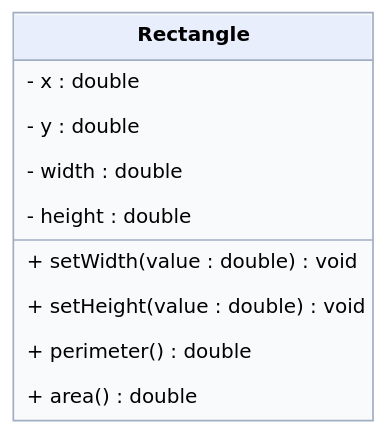
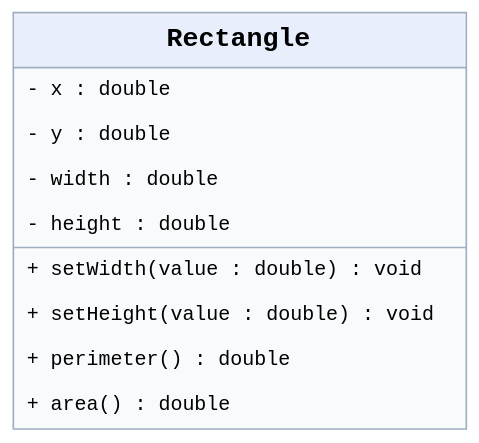
One commit to edetroll/java-oop changed the diagram in content/chapters/03-adatrejtes/media/task1-en.dot. Above: the diagram before and after it, drawn with Graphviz. The commit also changed 38 other files, not shown here.

```diff
--- a/content/chapters/03-adatrejtes/media/task1-en.dot
+++ b/content/chapters/03-adatrejtes/media/task1-en.dot
@@ -1,1 +1,1 @@
-digraph G { graph [bgcolor="transparent",pad="0.05"]; node [shape=plaintext,fontname="DejaVu Sans",fontsize=12]; a [label=<<TABLE BORDER="1" CELLBORDER="0" CELLSPACING="0" CELLPADDING="7" COLOR="#a0adc2" BGCOLOR="#f8fafc"><TR><TD BGCOLOR="#e8eefc"><B>Rectangle</B></TD></TR><HR/><TR><TD ALIGN="LEFT" BALIGN="LEFT">- x : double</TD></TR><TR><TD ALIGN="LEFT" BALIGN="LEFT">- y : double</TD></TR><TR><TD ALIGN="LEFT" BALIGN="LEFT">- width : double</TD></TR><TR><TD ALIGN="LEFT" BALIGN="LEFT">- height : double</TD></TR><HR/><TR><TD ALIGN="LEFT" BALIGN="LEFT">+ setWidth(value : double) : void</TD></TR><TR><TD ALIGN="LEFT" BALIGN="LEFT">+ setHeight(value : double) : void</TD></TR><TR><TD ALIGN="LEFT" BALIGN="LEFT">+ perimeter() : double</TD></TR><TR><TD ALIGN="LEFT" BALIGN="LEFT">+ area() : double</TD></TR></TABLE>>]; }
+digraph G { graph [bgcolor="transparent",pad="0.05"]; node [shape=plaintext,fontname="Liberation Mono",fontsize=12]; a [label=<<TABLE BORDER="1" CELLBORDER="0" CELLSPACING="0" CELLPADDING="7" COLOR="#a0adc2" BGCOLOR="#f8fafc"><TR><TD BGCOLOR="#e8eefc"><FONT FACE="Liberation Mono" POINT-SIZE="16"><B>Rectangle</B></FONT></TD></TR><HR/><TR><TD ALIGN="LEFT" BALIGN="LEFT">- x : double</TD></TR><TR><TD ALIGN="LEFT" BALIGN="LEFT">- y : double</TD></TR><TR><TD ALIGN="LEFT" BALIGN="LEFT">- width : double</TD></TR><TR><TD ALIGN="LEFT" BALIGN="LEFT">- height : double</TD></TR><HR/><TR><TD ALIGN="LEFT" BALIGN="LEFT">+ setWidth(value : double) : void</TD></TR><TR><TD ALIGN="LEFT" BALIGN="LEFT">+ setHeight(value : double) : void</TD></TR><TR><TD ALIGN="LEFT" BALIGN="LEFT">+ perimeter() : double</TD></TR><TR><TD ALIGN="LEFT" BALIGN="LEFT">+ area() : double</TD></TR></TABLE>>]; }
```
